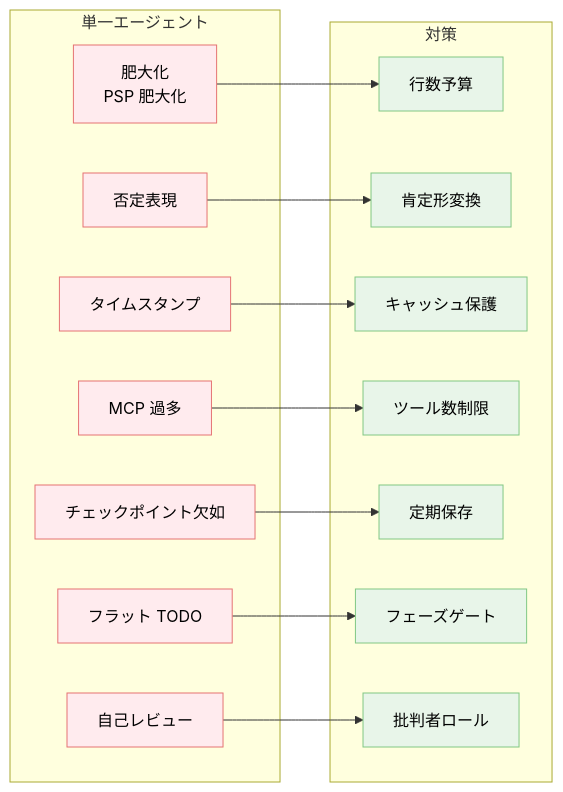
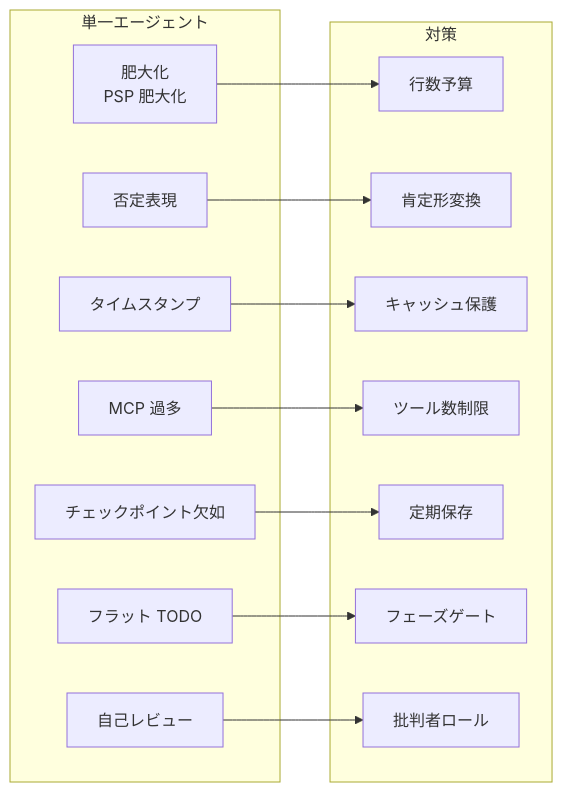
One commit to dinekt/dinekt-wiki changed the diagram in docs/patterns/エージェント運用の失敗モード一覧と対策マップ.md. Above: the diagram before and after it, drawn with Mermaid. The commit also changed other lines of this file and 70 other files, not shown here.

First line of the commit message:
fix(mermaid): strip all inline styling, rely on theme

````diff
--- a/docs/patterns/エージェント運用の失敗モード一覧と対策マップ.md
+++ b/docs/patterns/エージェント運用の失敗モード一覧と対策マップ.md
@@ -23,43 +23,29 @@
 ```mermaid
 flowchart LR
     subgraph 単一エージェント
       S1[肥大化<br/>PSP 肥大化]
       S2[否定表現]
       S3[タイムスタンプ]
       S4[MCP 過多]
       S5[チェックポイント欠如]
       S6[フラット TODO]
       S7[自己レビュー]
     end
     subgraph 対策
       M1[行数予算]
       M2[肯定形変換]
       M3[キャッシュ保護]
       M4[ツール数制限]
       M5[定期保存]
       M6[フェーズゲート]
       M7[批判者ロール]
     end
     S1 --> M1
     S2 --> M2
     S3 --> M3
     S4 --> M4
     S5 --> M5
     S6 --> M6
     S7 --> M7
 
-    style S1 fill:#ffebee,stroke:#e57373,color:#000
-    style S2 fill:#ffebee,stroke:#e57373,color:#000
-    style S3 fill:#ffebee,stroke:#e57373,color:#000
-    style S4 fill:#ffebee,stroke:#e57373,color:#000
-    style S5 fill:#ffebee,stroke:#e57373,color:#000
-    style S6 fill:#ffebee,stroke:#e57373,color:#000
-    style S7 fill:#ffebee,stroke:#e57373,color:#000
-    style M1 fill:#e8f5e9,stroke:#81c784,color:#000
-    style M2 fill:#e8f5e9,stroke:#81c784,color:#000
-    style M3 fill:#e8f5e9,stroke:#81c784,color:#000
-    style M4 fill:#e8f5e9,stroke:#81c784,color:#000
-    style M5 fill:#e8f5e9,stroke:#81c784,color:#000
-    style M6 fill:#e8f5e9,stroke:#81c784,color:#000
-    style M7 fill:#e8f5e9,stroke:#81c784,color:#000
 ```
````
